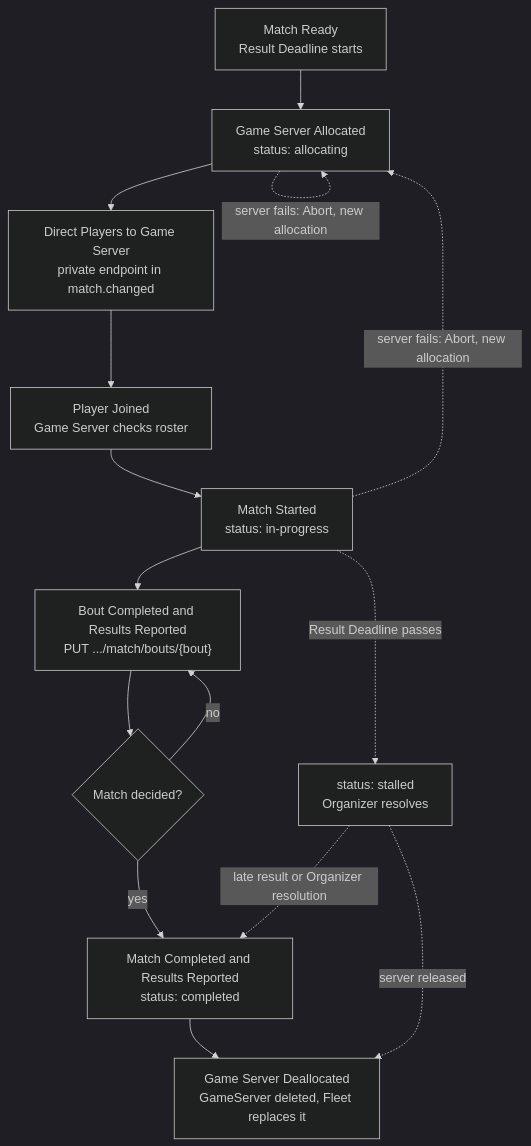
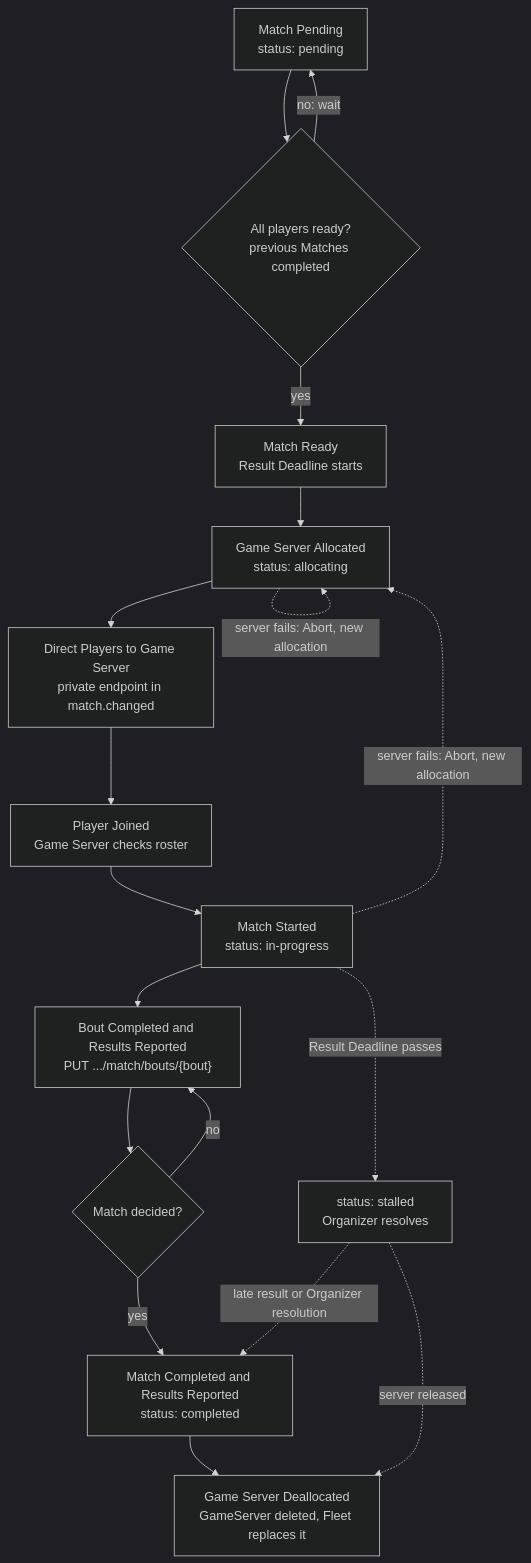
The third of 3 diagrams in docs/tournament-to-game-server.mdx (CouchPartyGames/OpenTournament), drawn with Mermaid (dark theme) before and after one commit. The commit also changed other lines of this file, not shown here.

````diff
--- a/docs/tournament-to-game-server.mdx
+++ b/docs/tournament-to-game-server.mdx
@@ -144,22 +144,27 @@
 ```mermaid
 flowchart TD
+    pending["Match Pending<br/>status: pending"]
+    allReady{"All players ready?<br/>previous Matches completed"}
     ready["Match Ready<br/>Result Deadline starts"]
     alloc["Game Server Allocated<br/>status: allocating"]
     direct["Direct Players to Game Server<br/>private endpoint in match.changed"]
     joined["Player Joined<br/>Game Server checks roster"]
     started["Match Started<br/>status: in-progress"]
     bout["Bout Completed and Results Reported<br/>PUT .../match/bouts/{bout}"]
     decided{"Match decided?"}
     completed["Match Completed and Results Reported<br/>status: completed"]
     release["Game Server Deallocated<br/>GameServer deleted, Fleet replaces it"]
     stalled["status: stalled<br/>Organizer resolves"]
 
+    pending --> allReady
+    allReady -- "no: wait" --> pending
+    allReady -- yes --> ready
     ready --> alloc --> direct --> joined --> started --> bout --> decided
     decided -- no --> bout
     decided -- yes --> completed --> release
     alloc -. "server fails: Abort, new allocation" .-> alloc
     started -. "server fails: Abort, new allocation" .-> alloc
     started -. "Result Deadline passes" .-> stalled
     stalled -. "late result or Organizer resolution" .-> completed
     stalled -. "server released" .-> release
 ```
````
